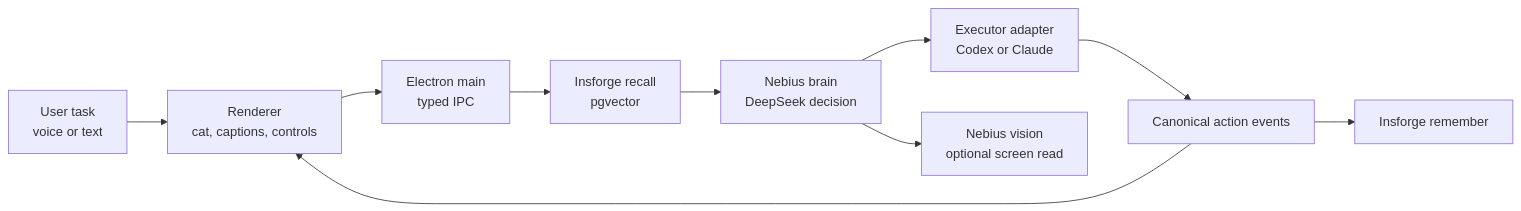
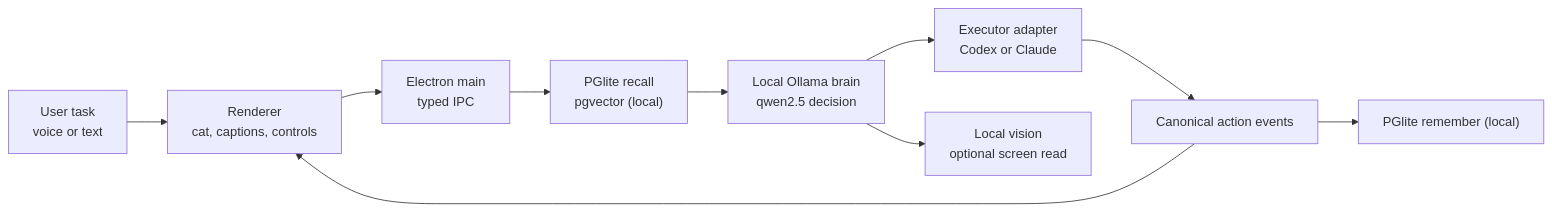
The diagram in README.md (gorajing/roro), drawn with Mermaid before and after one commit. The commit also changed other lines of this file and 4 other files, not shown here.

First line of the commit message:
docs: reconcile to local-first (Ollama brain + PGlite memory, RORO_ env) (WS2)

````diff
--- a/README.md
+++ b/README.md
@@ -62,12 +63,12 @@
 ```mermaid
 flowchart LR
   user["User task<br/>voice or text"] --> renderer["Renderer<br/>cat, captions, controls"]
   renderer --> main["Electron main<br/>typed IPC"]
-  main --> memoryRecall["Insforge recall<br/>pgvector"]
-  memoryRecall --> brain["Nebius brain<br/>DeepSeek decision"]
+  main --> memoryRecall["PGlite recall<br/>pgvector (local)"]
+  memoryRecall --> brain["Local Ollama brain<br/>qwen2.5 decision"]
   brain --> executor["Executor adapter<br/>Codex or Claude"]
   executor --> events["Canonical action events"]
   events --> renderer
-  events --> memoryWrite["Insforge remember"]
-  brain --> vision["Nebius vision<br/>optional screen read"]
+  events --> memoryWrite["PGlite remember (local)"]
+  brain --> vision["Local vision<br/>optional screen read"]
 ```
````
